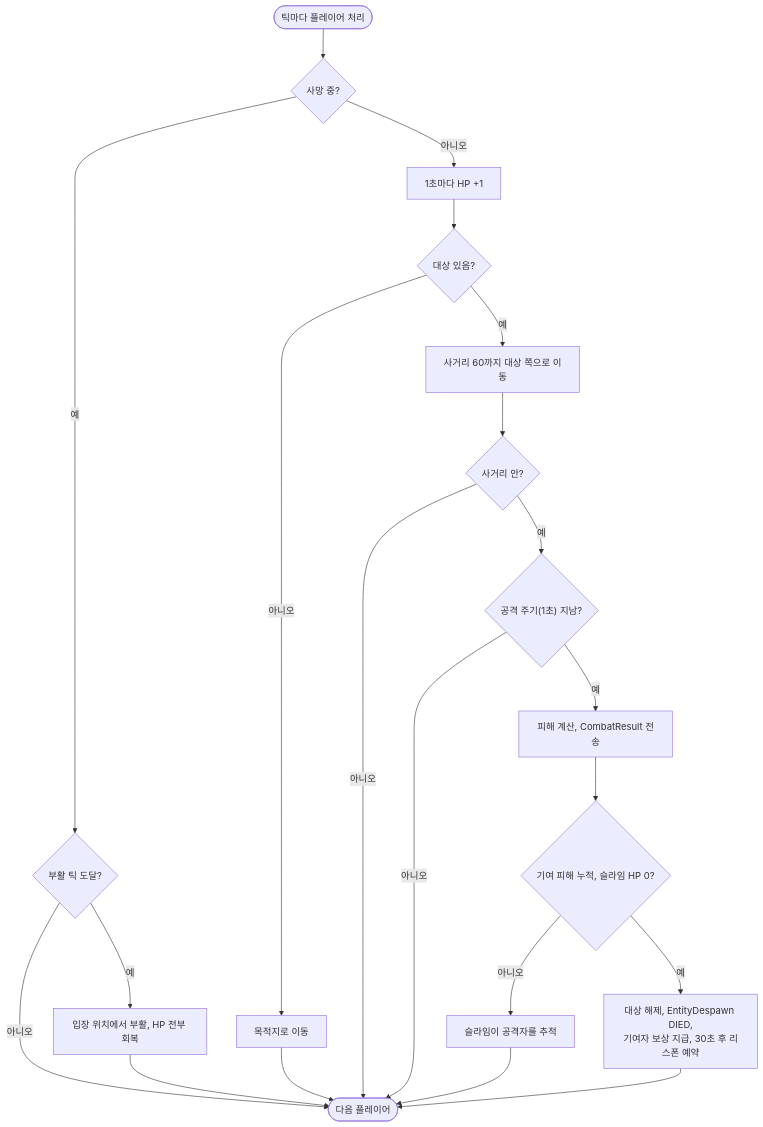
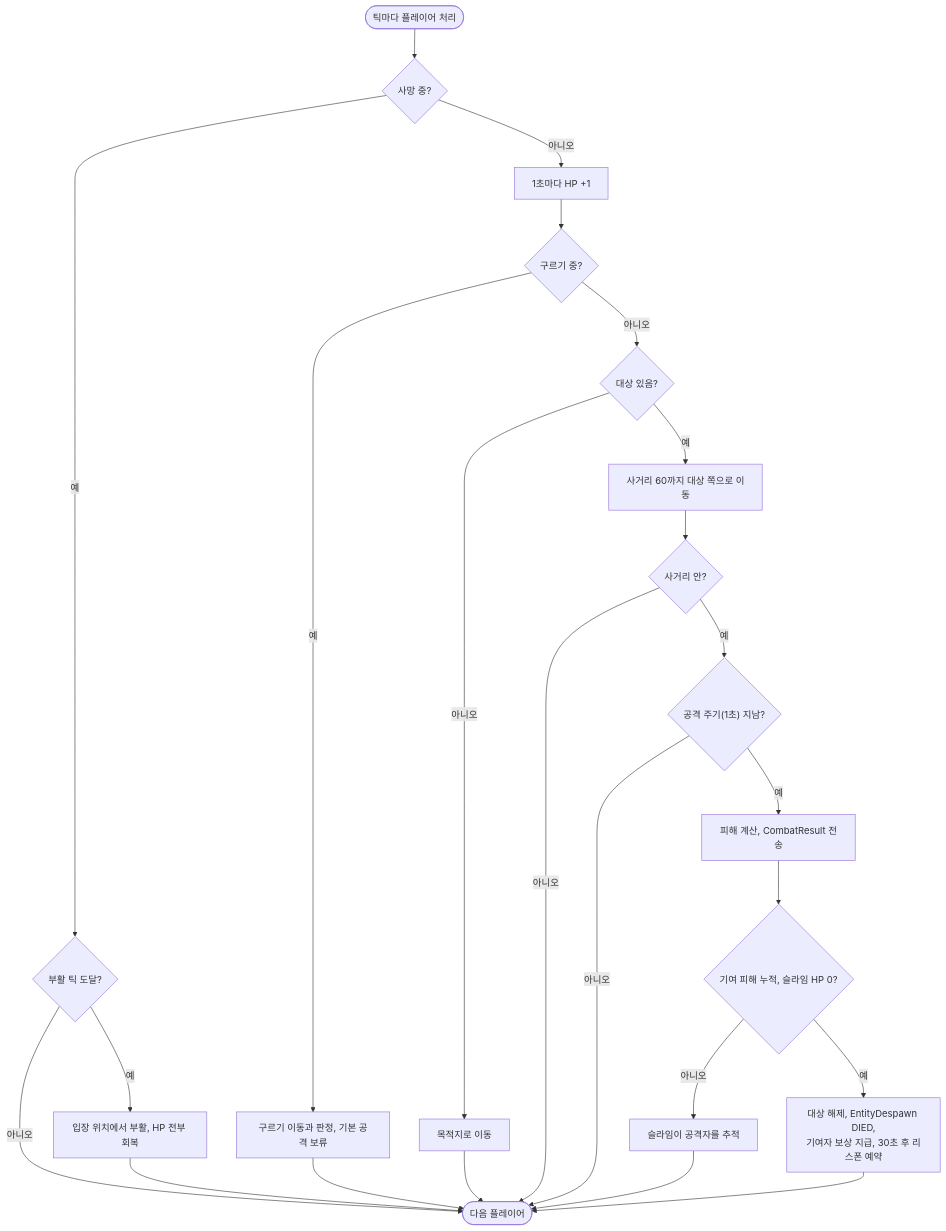
Before and after one commit to Dongs9/try_mmo_server: the diagram in docs/diagrams/src/flow-attack.mmd, drawn with Mermaid. The commit also changed 29 other files, not shown here.

```diff
--- a/docs/diagrams/src/flow-attack.mmd
+++ b/docs/diagrams/src/flow-attack.mmd
@@ -1,21 +1,24 @@
 flowchart TD
     start([틱마다 플레이어 처리]) --> dead{사망 중?}
     dead -- 예 --> revive{부활 틱 도달?}
     revive -- 예 --> doRevive["입장 위치에서 부활, HP 전부 회복"]
     revive -- 아니오 --> finish([다음 플레이어])
     doRevive --> finish
     dead -- 아니오 --> regen["1초마다 HP +1"]
-    regen --> target{대상 있음?}
+    regen --> rolling{구르기 중?}
+    rolling -- 예 --> roll["구르기 이동과 판정, 기본 공격 보류"]
+    roll --> finish
+    rolling -- 아니오 --> target{대상 있음?}
     target -- 아니오 --> move[목적지로 이동]
     move --> finish
     target -- 예 --> near["사거리 60까지 대상 쪽으로 이동"]
     near --> range{사거리 안?}
     range -- 아니오 --> finish
     range -- 예 --> ready{"공격 주기(1초) 지남?"}
     ready -- 아니오 --> finish
     ready -- 예 --> hit["피해 계산, CombatResult 전송"]
     hit --> alive{"기여 피해 누적, 슬라임 HP 0?"}
     alive -- 아니오 --> chase["슬라임이 공격자를 추적"]
     alive -- 예 --> kill["대상 해제, EntityDespawn DIED,<br/>기여자 보상 지급, 30초 후 리스폰 예약"]
     chase --> finish
     kill --> finish
```
